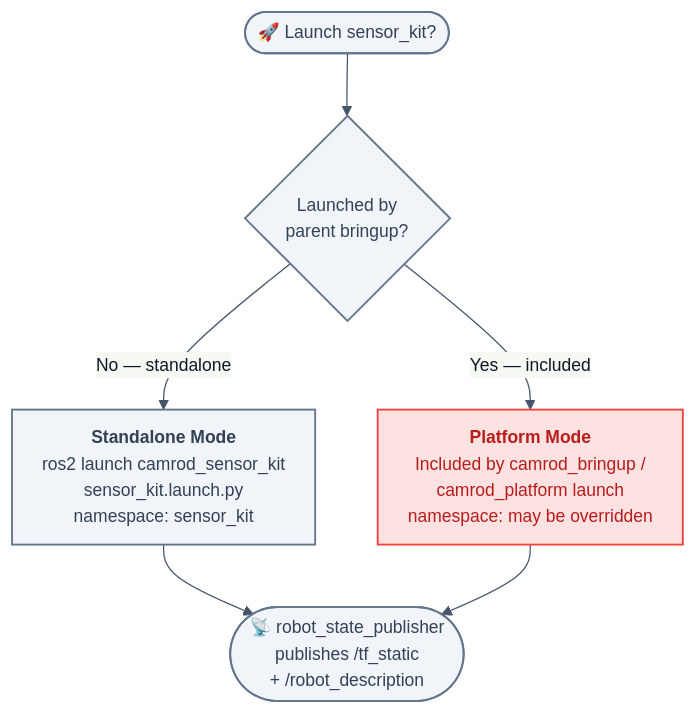
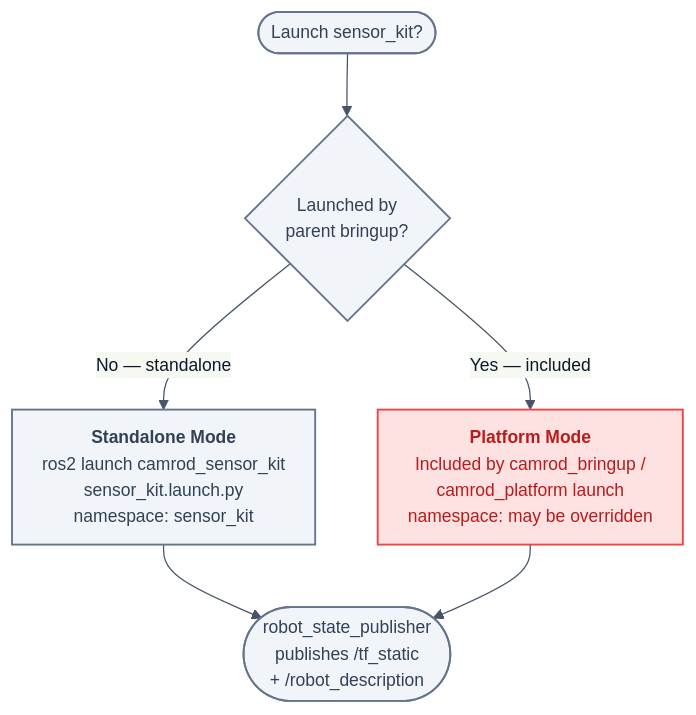
The second of 4 diagrams in camrod_sensor_kit/README.md (hwanhonglee/CAMROD), drawn with Mermaid before and after one commit. The commit also changed other lines of this file and 11 other files, not shown here.

First line of the commit message:
docs: fix Mermaid syntax errors and reduce emoji overuse in all READMEs

````diff
--- a/camrod_sensor_kit/README.md
+++ b/camrod_sensor_kit/README.md
@@ -79,21 +79,21 @@
 ```mermaid
 %%{init: {'theme': 'base', 'themeVariables': {'fontFamily': 'ui-sans-serif, system-ui, sans-serif', 'fontSize': '14px', 'primaryColor': '#F1F5F9', 'primaryTextColor': '#0F172A', 'primaryBorderColor': '#64748B', 'lineColor': '#475569'}, 'flowchart': {'curve': 'basis', 'htmlLabels': true, 'padding': 12}}}%%
 flowchart TD
-  START([🚀 Launch sensor_kit?]):::system
+  START([Launch sensor_kit?]):::system
 
   START --> Q1{Launched by\nparent bringup?}:::system
   Q1 -->|No — standalone| SA["`**Standalone Mode**
   ros2 launch camrod_sensor_kit
     sensor_kit.launch.py
   namespace: sensor_kit`"]:::system
   Q1 -->|Yes — included| SB["`**Platform Mode**
   Included by camrod_bringup /
     camrod_platform launch
   namespace: may be overridden`"]:::platform
 
-  SA --> OUT([📡 robot_state_publisher\npublishes /tf_static\n+ /robot_description]):::system
+  SA --> OUT([robot_state_publisher\npublishes /tf_static\n+ /robot_description]):::system
   SB --> OUT
 
   classDef system   fill:#F1F5F9,stroke:#64748B,stroke-width:1.5px,color:#334155;
   classDef platform fill:#FEE2E2,stroke:#EF4444,stroke-width:1.5px,color:#B91C1C;
 ```
````
